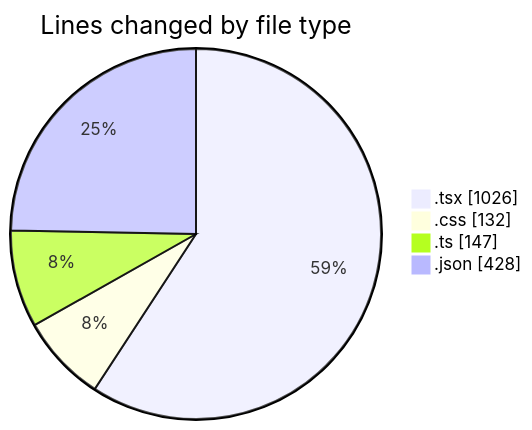
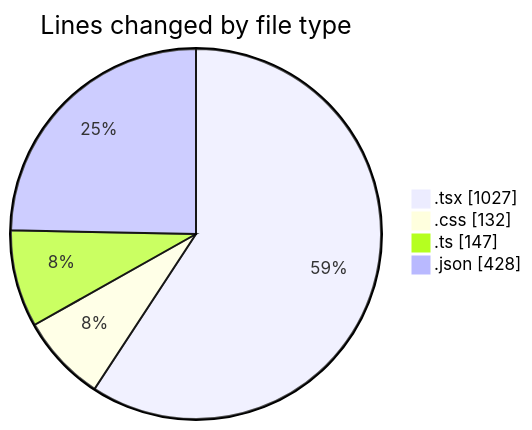
Before and after one commit to Elitesun/code-tracking: the first of 2 diagrams in 2025-05-06/niten/README.md, drawn with Mermaid. The commit also changed other lines of this file and 1 other file, not shown here.

````diff
--- a/2025-05-06/niten/README.md
+++ b/2025-05-06/niten/README.md
@@ -42,8 +42,8 @@
 ```mermaid
 pie showData
 title Lines changed by file type
-".tsx" : 1026
+".tsx" : 1027
 ".css" : 132
 ".ts" : 147
 ".json" : 428
 ```
````
